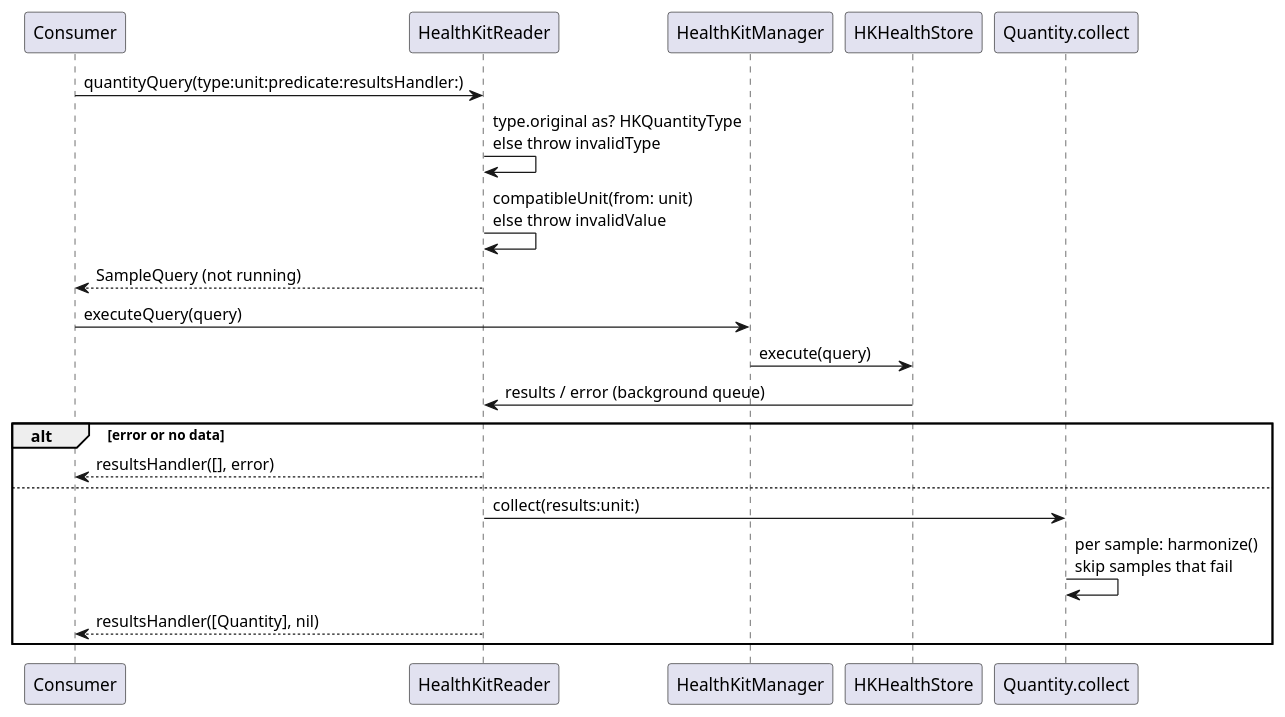
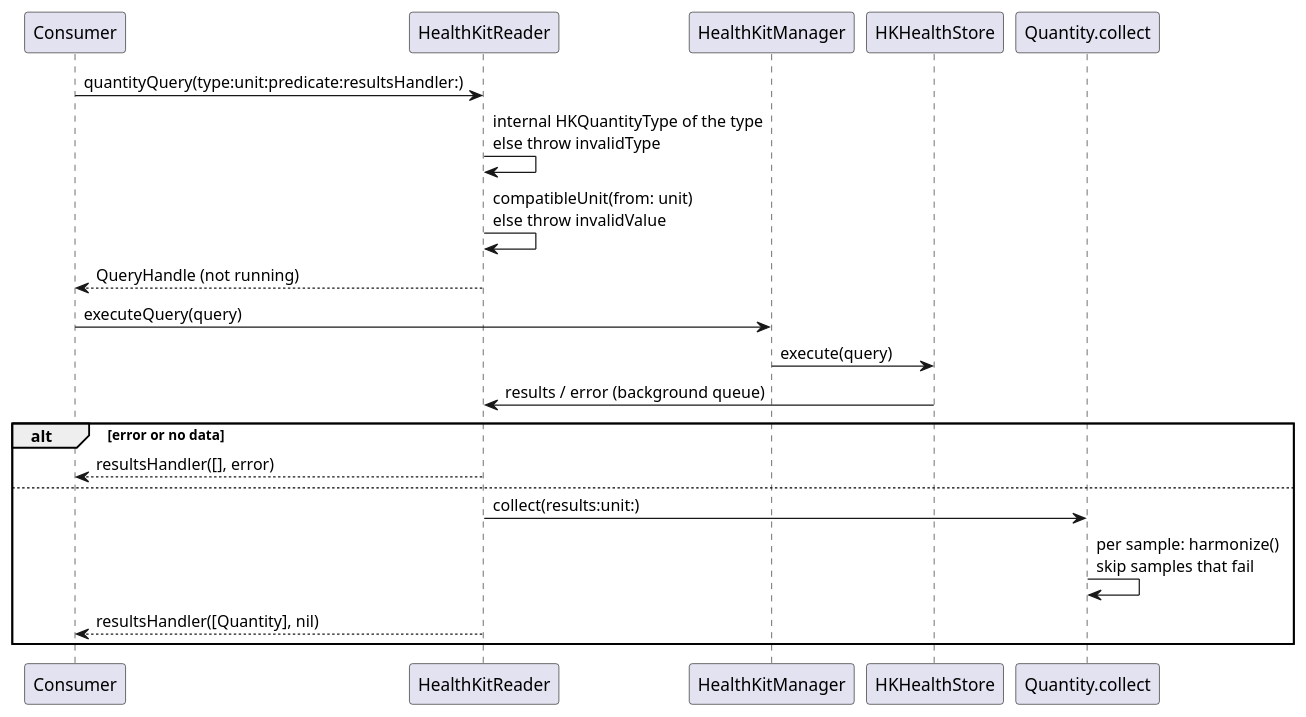
Before and after one commit to kvs-coder/HealthKitReporter: the second of 4 diagrams in docs/arc42/06-runtime-view.md, drawn with PlantUML. The commit also changed other lines of this file and 10 other files, not shown here.

````diff
--- a/docs/arc42/06-runtime-view.md
+++ b/docs/arc42/06-runtime-view.md
@@ -22,23 +22,23 @@
 ```plantuml
 @startuml
 participant Consumer
 participant HealthKitReader as R
 participant HealthKitManager as M
 participant HKHealthStore as S
 participant "Quantity.collect" as F
 Consumer -> R : quantityQuery(type:unit:predicate:resultsHandler:)
-R -> R : type.original as? HKQuantityType\nelse throw invalidType
+R -> R : internal HKQuantityType of the type\nelse throw invalidType
 R -> R : compatibleUnit(from: unit)\nelse throw invalidValue
-R --> Consumer : SampleQuery (not running)
+R --> Consumer : QueryHandle (not running)
 Consumer -> M : executeQuery(query)
 M -> S : execute(query)
 S -> R : results / error (background queue)
 alt error or no data
   R --> Consumer : resultsHandler([], error)
 else
   R -> F : collect(results:unit:)
   F -> F : per sample: harmonize()\nskip samples that fail
   R --> Consumer : resultsHandler([Quantity], nil)
 end
 @enduml
 ```
````
